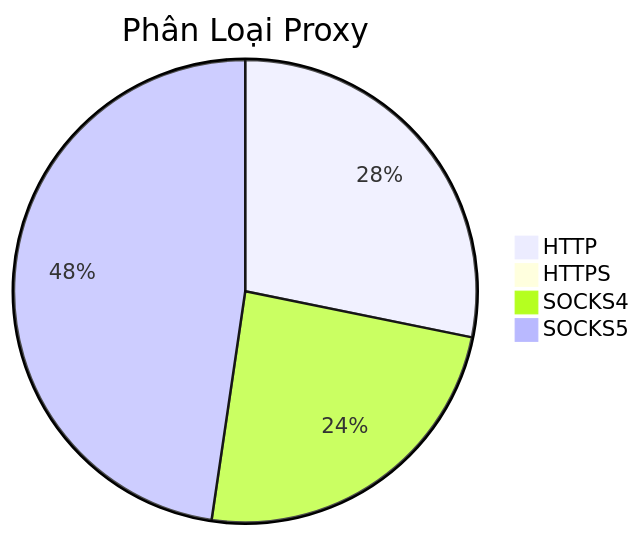
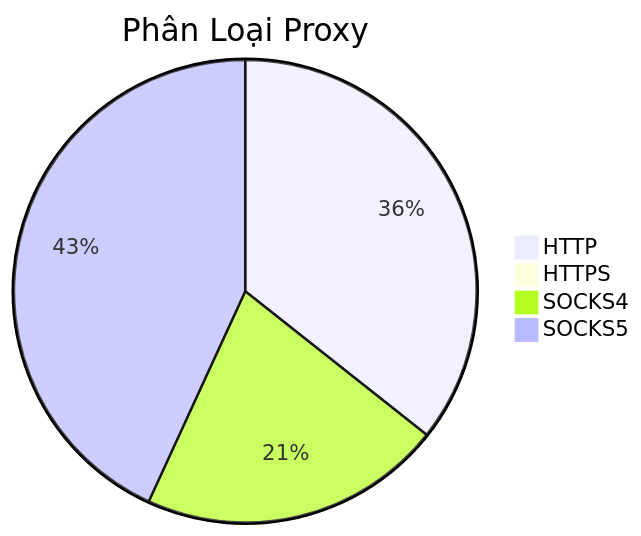
One commit to Ciara-12/PROXY-free changed the diagram in README.md. Above: the diagram before and after it, drawn with Mermaid. The commit also changed other lines of this file and 4 other files, not shown here.

````diff
--- a/README.md
+++ b/README.md
@@ -26,7 +26,7 @@
 ```mermaid
 pie title Phân Loại Proxy
-    "HTTP" : 485
-    "HTTPS" : 1
-    "SOCKS4" : 415
-    "SOCKS5" : 820
+    "HTTP" : 661
+    "HTTPS" : 0
+    "SOCKS4" : 393
+    "SOCKS5" : 800
 ```
````
